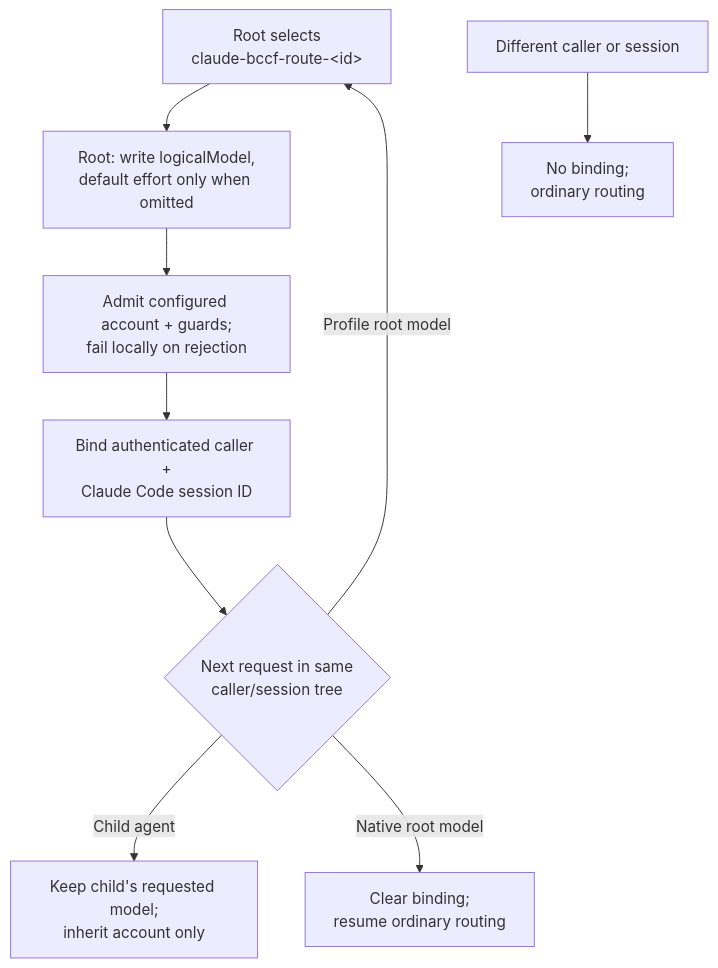
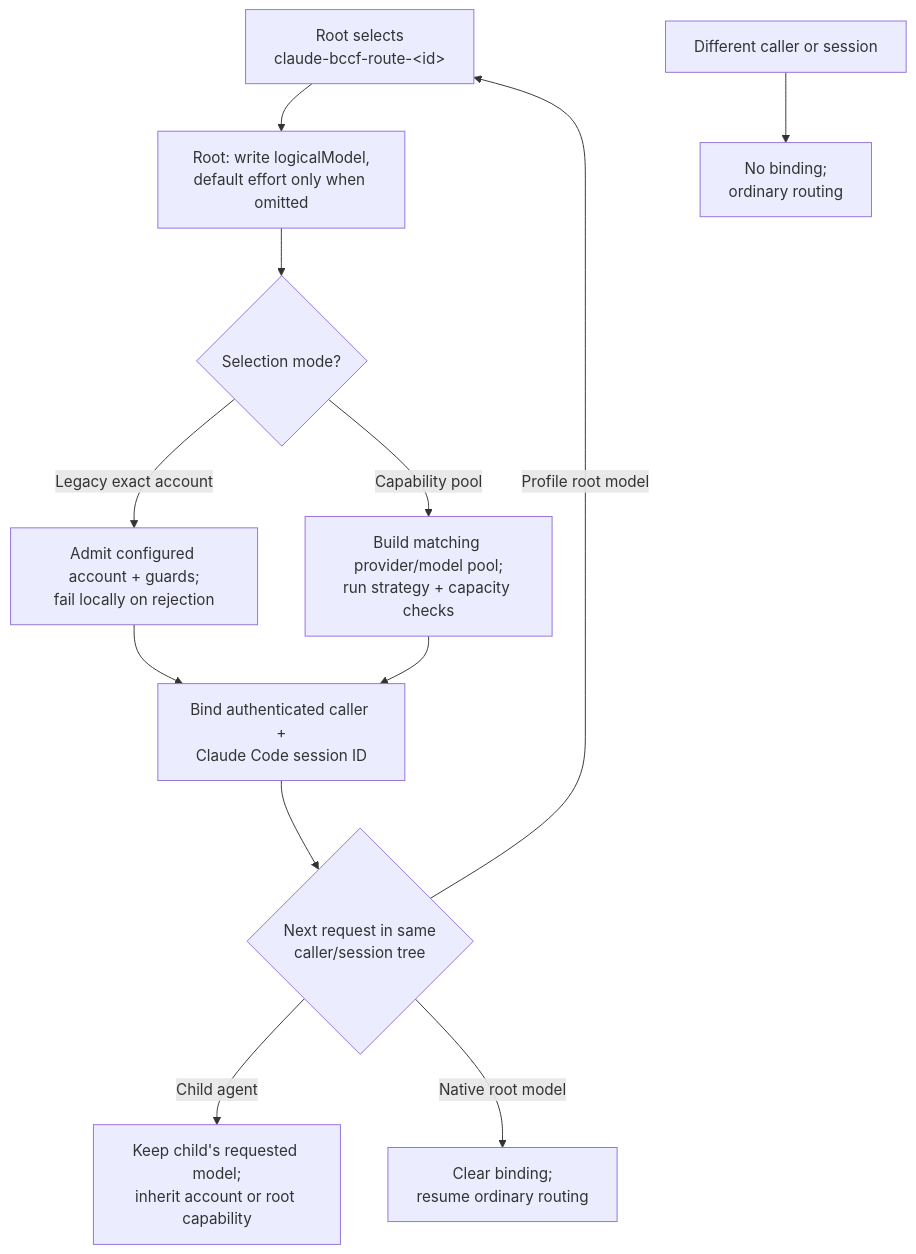
Before and after one commit to StartupBros-com/better-ccflare: the second of 9 diagrams in docs/routing-architecture.md, drawn with Mermaid. The commit also changed other lines of this file and 2 other files, not shown here.

Commit message:
docs: describe capability route profiles

````diff
--- a/docs/routing-architecture.md
+++ b/docs/routing-architecture.md
@@ -90,11 +90,14 @@
 ```mermaid
 flowchart TD
     A["Root selects<br/>claude-bccf-route-&lt;id&gt;"] --> C["Root: write logicalModel,<br/>default effort only when omitted"]
-    C --> D["Admit configured account + guards;<br/>fail locally on rejection"]
-    D --> B["Bind authenticated caller +<br/>Claude Code session ID"]
+    C --> D{"Selection mode?"}
+    D -->|"Legacy exact account"| D1["Admit configured account + guards;<br/>fail locally on rejection"]
+    D -->|"Capability pool"| D2["Build matching provider/model pool;<br/>run strategy + capacity checks"]
+    D1 --> B["Bind authenticated caller +<br/>Claude Code session ID"]
+    D2 --> B
     B --> E{"Next request in same<br/>caller/session tree"}
-    E -->|"Child agent"| F["Keep child's requested model;<br/>inherit account only"]
+    E -->|"Child agent"| F["Keep child's requested model;<br/>inherit account or root capability"]
     E -->|"Native root model"| G["Clear binding;<br/>resume ordinary routing"]
     E -->|"Profile root model"| A
     H["Different caller or session"] --> I["No binding;<br/>ordinary routing"]
 ```
````
